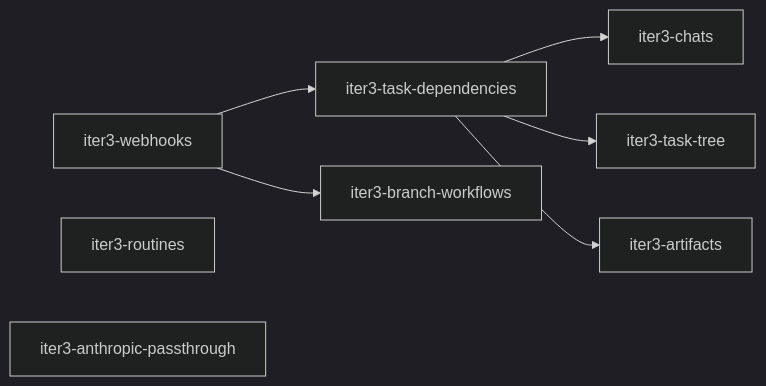
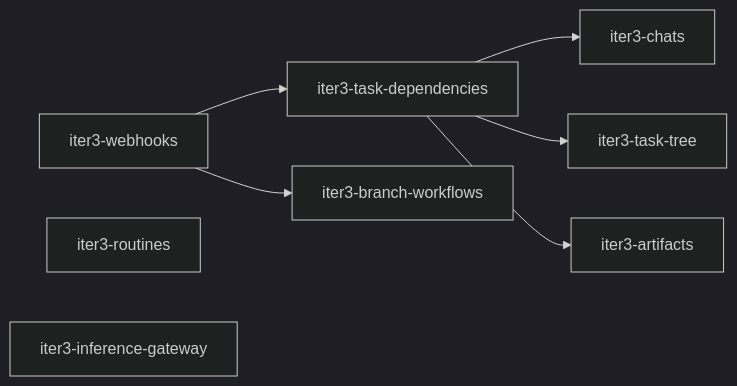
One commit to prskr/dark-factory changed the diagram in product/iterations/iteration-3.md. Above: the diagram before and after it, drawn with Mermaid (dark theme). The commit also changed other lines of this file and 4 other files, not shown here.

````diff
--- a/product/iterations/iteration-3.md
+++ b/product/iterations/iteration-3.md
@@ -34,10 +34,10 @@
 ```mermaid
 flowchart LR
   WH[iter3-webhooks] --> TD[iter3-task-dependencies]
   TD --> CH[iter3-chats]
   TD --> TT[iter3-task-tree]
   TD --> AR[iter3-artifacts]
   WH --> BW[iter3-branch-workflows]
   RO[iter3-routines]
-  AP[iter3-anthropic-passthrough]
+  IG[iter3-inference-gateway]
 ```
````
